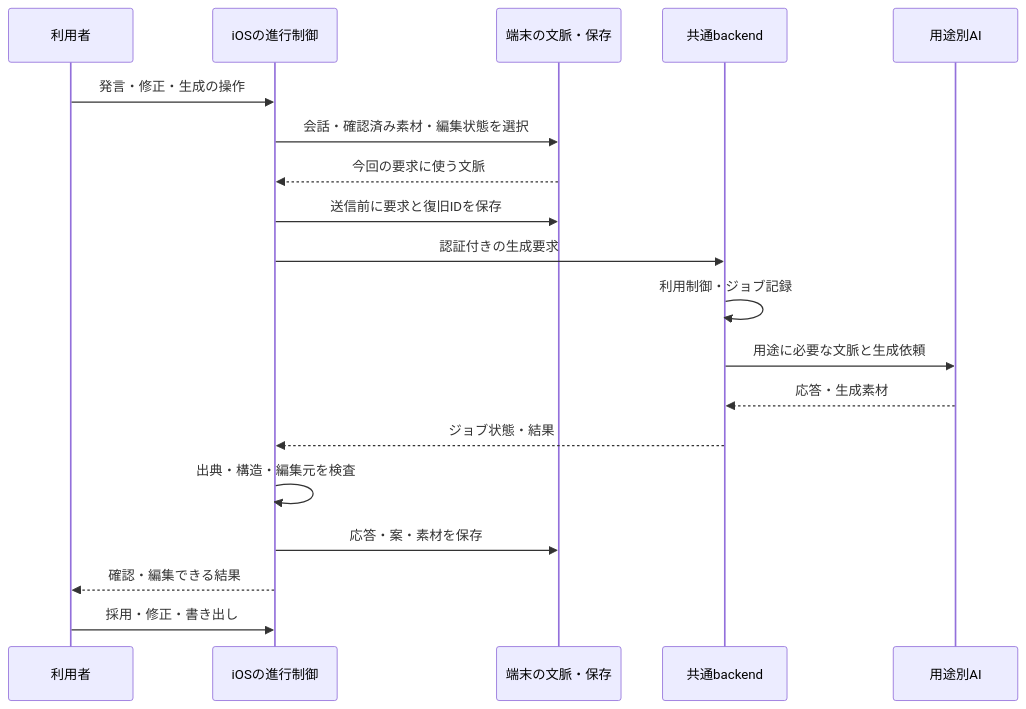
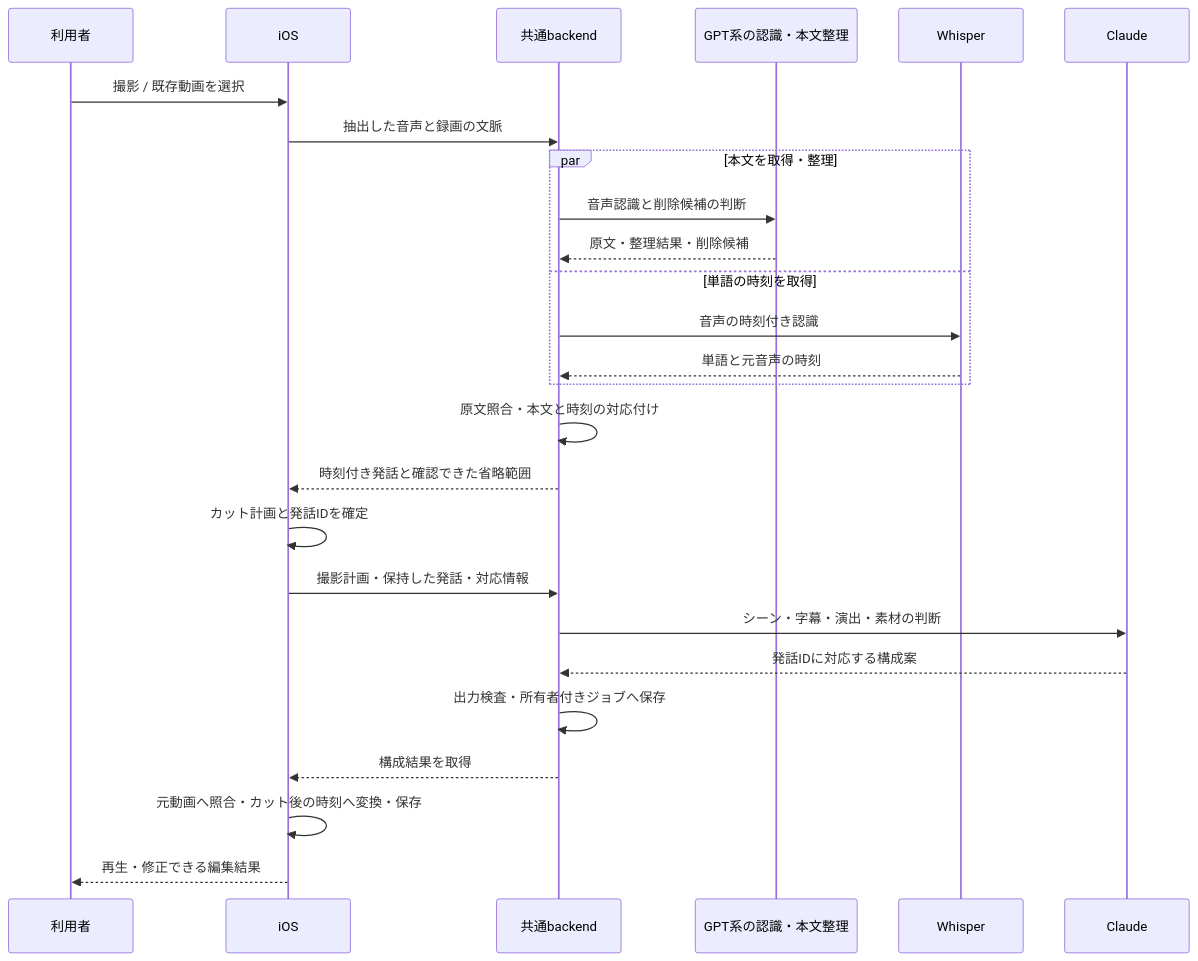
The second of 3 diagrams in docs/architecture.md (Technarra/kantokuai-portfolio), drawn with Mermaid before and after one commit. The commit also changed other lines of this file and 2 other files, not shown here.

First line of the commit message:
docs: connect AI architecture to the video creation journey

````diff
--- a/docs/architecture.md
+++ b/docs/architecture.md
@@ -35,21 +94,28 @@
 ```mermaid
 sequenceDiagram
     participant U as 利用者
-    participant A as iOSの進行制御
-    participant L as 端末の文脈・保存
+    participant A as iOS
     participant B as 共通backend
-    participant M as 用途別AI
-    U->>A: 発言・修正・生成の操作
-    A->>L: 会話・確認済み素材・編集状態を選択
-    L-->>A: 今回の要求に使う文脈
-    A->>L: 送信前に要求と復旧IDを保存
-    A->>B: 認証付きの生成要求
-    B->>B: 利用制御・ジョブ記録
-    B->>M: 用途に必要な文脈と生成依頼
-    M-->>B: 応答・生成素材
-    B-->>A: ジョブ状態・結果
-    A->>A: 出典・構造・編集元を検査
-    A->>L: 応答・案・素材を保存
-    A-->>U: 確認・編集できる結果
-    U->>A: 採用・修正・書き出し
+    participant G as GPT系の認識・本文整理
+    participant W as Whisper
+    participant C as Claude
+    U->>A: 撮影 / 既存動画を選択
+    A->>B: 抽出した音声と録画の文脈
+    par 本文を取得・整理
+        B->>G: 音声認識と削除候補の判断
+        G-->>B: 原文・整理結果・削除候補
+    and 単語の時刻を取得
+        B->>W: 音声の時刻付き認識
+        W-->>B: 単語と元音声の時刻
+    end
+    B->>B: 原文照合・本文と時刻の対応付け
+    B-->>A: 時刻付き発話と確認できた省略範囲
+    A->>A: カット計画と発話IDを確定
+    A->>B: 撮影計画・保持した発話・対応情報
+    B->>C: シーン・字幕・演出・素材の判断
+    C-->>B: 発話IDに対応する構成案
+    B->>B: 出力検査・所有者付きジョブへ保存
+    B-->>A: 構成結果を取得
+    A->>A: 元動画へ照合・カット後の時刻へ変換・保存
+    A-->>U: 再生・修正できる編集結果
 ```
````
